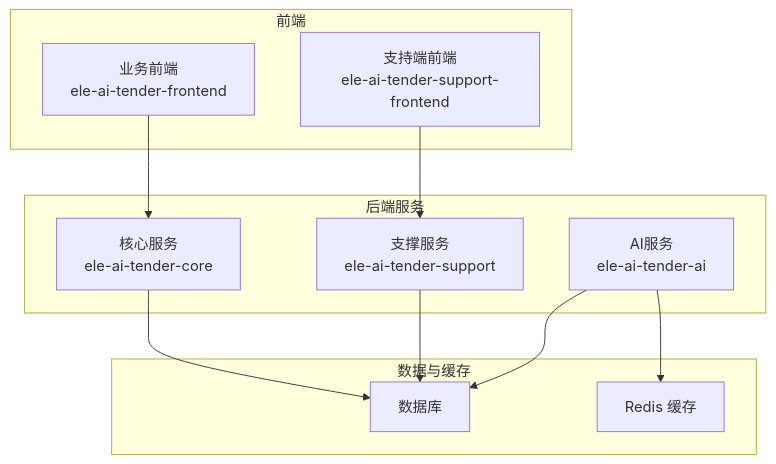
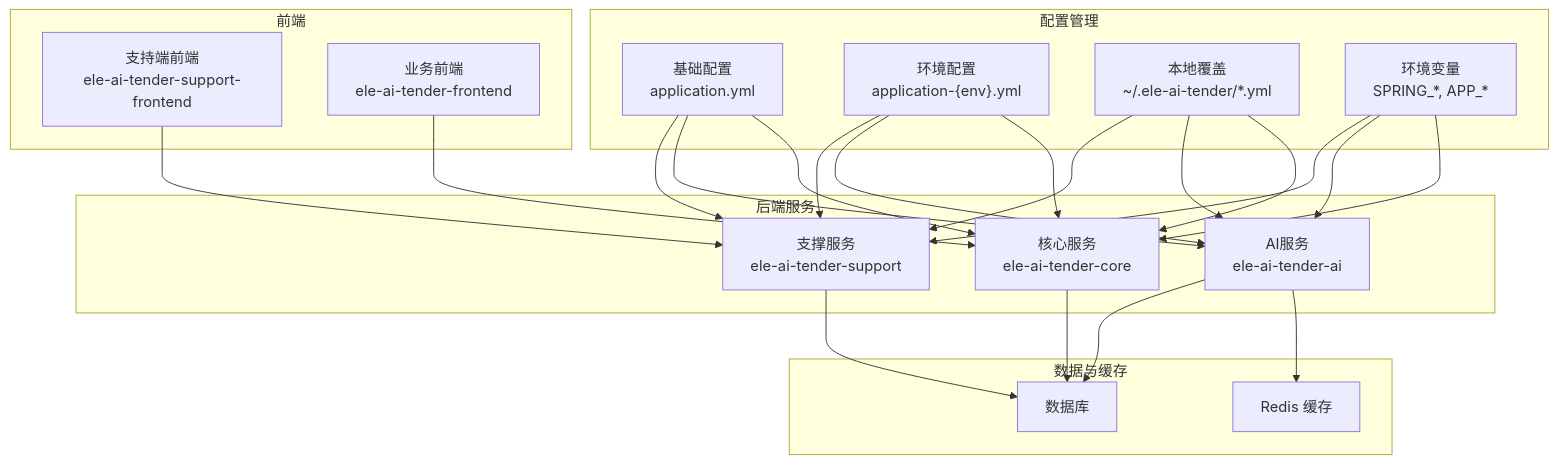
The first of 10 diagrams in .qoder/repowiki/zh/content/系统管理/系统配置管理.md (DrunkFood/First), drawn with Mermaid before and after one commit. The commit also changed other lines of this file and 66 other files, not shown here.

````diff
--- a/.qoder/repowiki/zh/content/系统管理/系统配置管理.md
+++ b/.qoder/repowiki/zh/content/系统管理/系统配置管理.md
@@ -56,22 +75,40 @@
 ```mermaid
 graph TB
 subgraph "前端"
 FE_SUP["支持端前端<br/>ele-ai-tender-support-frontend"]
 FE_APP["业务前端<br/>ele-ai-tender-frontend"]
 end
 subgraph "后端服务"
 SVC_SUPPORT["支撑服务<br/>ele-ai-tender-support"]
 SVC_AI["AI服务<br/>ele-ai-tender-ai"]
 SVC_CORE["核心服务<br/>ele-ai-tender-core"]
 end
+subgraph "配置管理"
+CONF_BASE["基础配置<br/>application.yml"]
+CONF_ENV["环境配置<br/>application-{env}.yml"]
+CONF_LOCAL["本地覆盖<br/>~/.ele-ai-tender/*.yml"]
+ENV_VARS["环境变量<br/>SPRING_*, APP_*"]
+end
 subgraph "数据与缓存"
 DB["数据库"]
 REDIS["Redis 缓存"]
 end
 FE_SUP --> SVC_SUPPORT
 FE_APP --> SVC_CORE
 SVC_AI --> DB
 SVC_AI --> REDIS
 SVC_SUPPORT --> DB
 SVC_CORE --> DB
+CONF_BASE --> SVC_SUPPORT
+CONF_BASE --> SVC_AI
+CONF_BASE --> SVC_CORE
+CONF_ENV --> SVC_SUPPORT
+CONF_ENV --> SVC_AI
+CONF_ENV --> SVC_CORE
+CONF_LOCAL --> SVC_SUPPORT
+CONF_LOCAL --> SVC_AI
+CONF_LOCAL --> SVC_CORE
+ENV_VARS --> SVC_SUPPORT
+ENV_VARS --> SVC_AI
+ENV_VARS --> SVC_CORE
 ```
````
